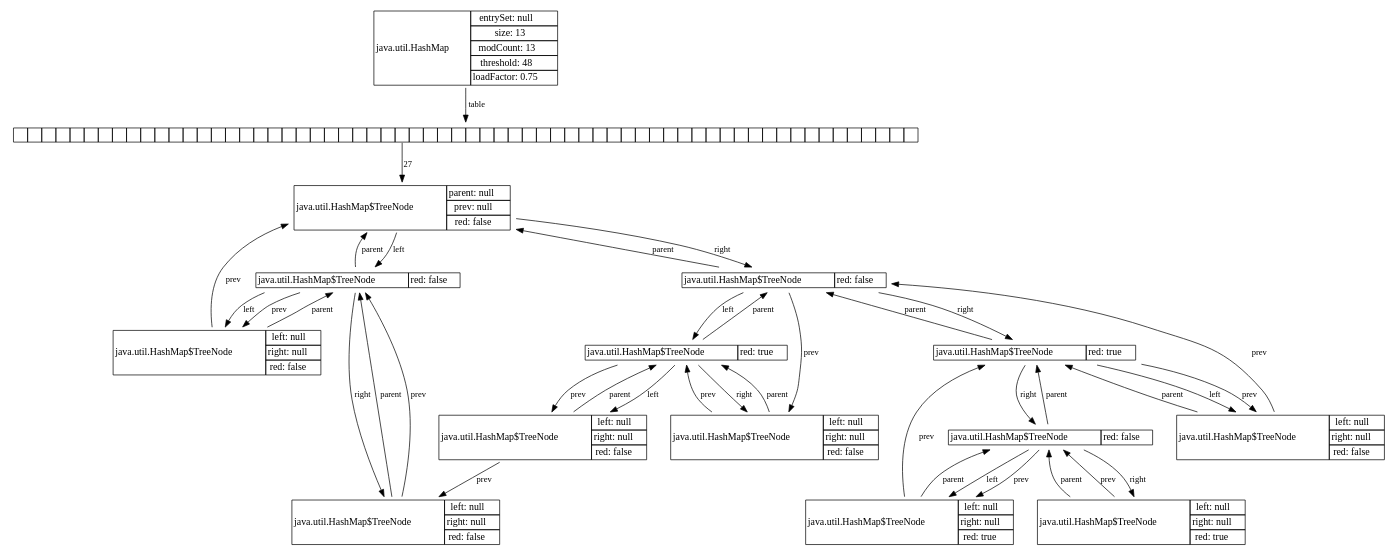
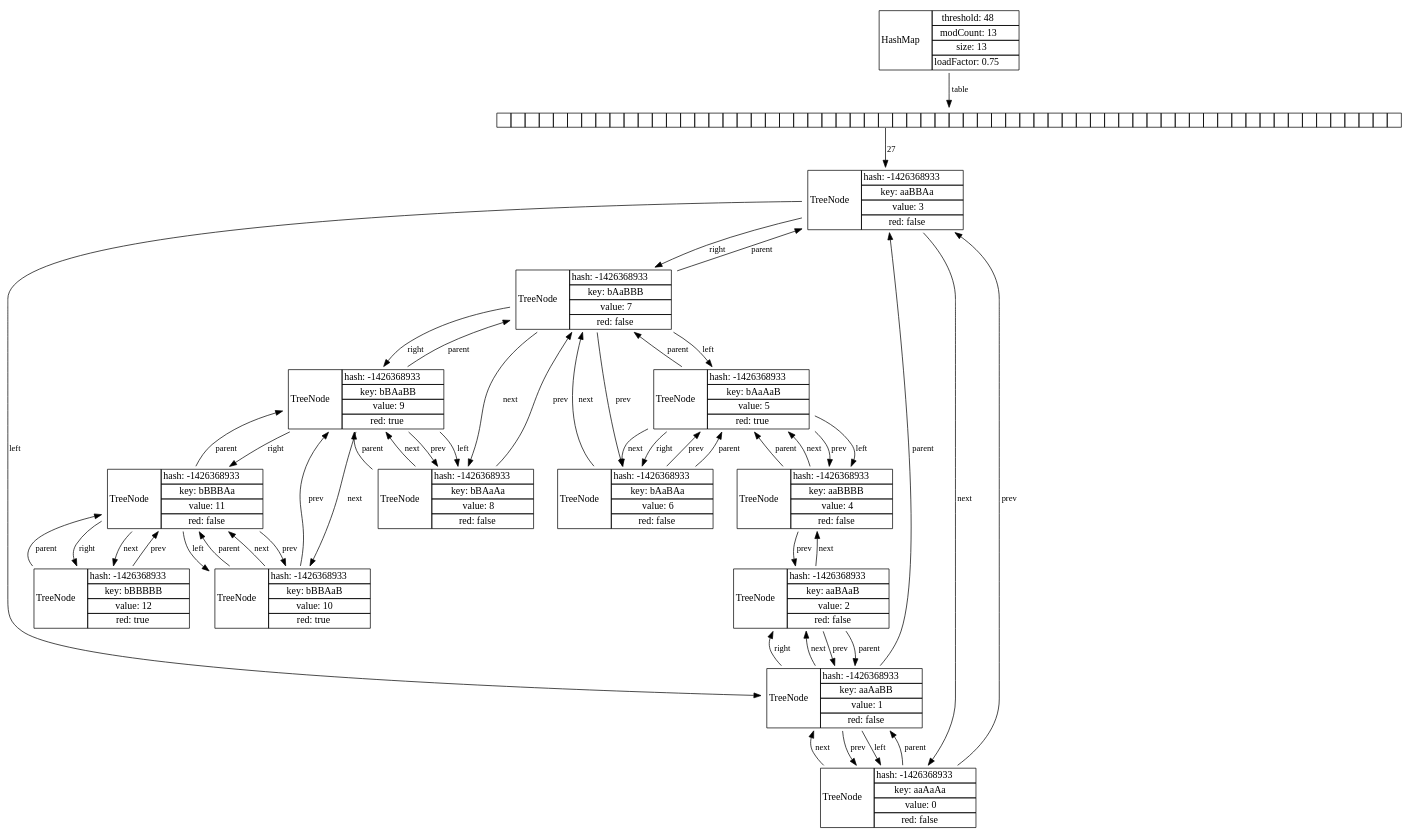
One commit to openjdk/jol changed diagram 14 of 18 in doc/src/main/asciidoc/start.adoc. Above: the diagram before and after it, drawn with Graphviz. The commit also changed other lines of this file and 3 other files, not shown here.

```diff
--- a/doc/src/main/asciidoc/start.adoc
+++ b/doc/src/main/asciidoc/start.adoc
@@ -1387,19 +1259,16 @@
 	n1[label=<
 		<table border='0' cellborder='1' cellspacing='0'>
 			<tr>
-				<td rowspan='6'>java.util.HashMap</td>
+				<td rowspan='5'>HashMap</td>
 			</tr>
 			<tr>
-				<td>entrySet: null</td>
-			</tr>
-			<tr>
-				<td>size: 13</td>
+				<td>threshold: 48</td>
 			</tr>
 			<tr>
 				<td>modCount: 13</td>
 			</tr>
 			<tr>
-				<td>threshold: 48</td>
+				<td>size: 13</td>
 			</tr>
 			<tr>
 				<td>loadFactor: 0.75</td>
@@ -1479,13 +1348,16 @@
 	n3[label=<
 		<table border='0' cellborder='1' cellspacing='0'>
 			<tr>
-				<td rowspan='4'>java.util.HashMap$TreeNode</td>
+				<td rowspan='5'>TreeNode</td>
 			</tr>
 			<tr>
-				<td>parent: null</td>
+				<td>hash: -1426368933</td>
 			</tr>
 			<tr>
-				<td>prev: null</td>
+				<td>key: aaBBAa</td>
+			</tr>
+			<tr>
+				<td>value: 3</td>
 			</tr>
 			<tr>
 				<td>red: false</td>
@@ -1495,203 +1367,280 @@
 	n4[label=<
 		<table border='0' cellborder='1' cellspacing='0'>
 			<tr>
-				<td rowspan='2'>java.util.HashMap$TreeNode</td>
+				<td rowspan='5'>TreeNode</td>
+			</tr>
+			<tr>
+				<td>hash: -1426368933</td>
+			</tr>
+			<tr>
+				<td>key: bAaBBB</td>
+			</tr>
+			<tr>
+				<td>value: 7</td>
 			</tr>
 			<tr>
 				<td>red: false</td>
 			</tr>
 		</table>
 	>];
-	n4 -> n3[label="parent",fontsize=12];
 	n5[label=<
 		<table border='0' cellborder='1' cellspacing='0'>
 			<tr>
-				<td rowspan='4'>java.util.HashMap$TreeNode</td>
+				<td rowspan='5'>TreeNode</td>
 			</tr>
 			<tr>
-				<td>left: null</td>
+				<td>hash: -1426368933</td>
 			</tr>
 			<tr>
-				<td>right: null</td>
+				<td>key: bBAaBB</td>
+			</tr>
+			<tr>
+				<td>value: 9</td>
+			</tr>
+			<tr>
+				<td>red: true</td>
+			</tr>
+		</table>
+	>];
+	n6[label=<
+		<table border='0' cellborder='1' cellspacing='0'>
+			<tr>
+				<td rowspan='5'>TreeNode</td>
+			</tr>
+			<tr>
+				<td>hash: -1426368933</td>
+			</tr>
+			<tr>
+				<td>key: bBBBAa</td>
+			</tr>
+			<tr>
+				<td>value: 11</td>
 			</tr>
 			<tr>
 				<td>red: false</td>
 			</tr>
 		</table>
 	>];
-	n5 -> n4[label="parent",fontsize=12];
-	n5 -> n3[label="prev",fontsize=12];
-	n4 -> n5[label="left",fontsize=12];
-	n6[label=<
+	n7[label=<
 		<table border='0' cellborder='1' cellspacing='0'>
 			<tr>
-				<td rowspan='4'>java.util.HashMap$TreeNode</td>
+				<td rowspan='5'>TreeNode</td>
 			</tr>
 			<tr>
-				<td>left: null</td>
+				<td>hash: -1426368933</td>
 			</tr>
 			<tr>
-				<td>right: null</td>
+				<td>key: bBBBBB</td>
+			</tr>
+			<tr>
+				<td>value: 12</td>
+			</tr>
+			<tr>
+				<td>red: true</td>
+			</tr>
+		</table>
+	>];
+	n7 -> n6[label="prev",fontsize=12];
+	n7 -> n6[label="parent",fontsize=12];
+	n6 -> n7[label="right",fontsize=12];
+	n8[label=<
+		<table border='0' cellborder='1' cellspacing='0'>
+			<tr>
+				<td rowspan='5'>TreeNode</td>
+			</tr>
+			<tr>
+				<td>hash: -1426368933</td>
+			</tr>
+			<tr>
+				<td>key: bBBAaB</td>
+			</tr>
+			<tr>
+				<td>value: 10</td>
+			</tr>
+			<tr>
+				<td>red: true</td>
+			</tr>
+		</table>
+	>];
+	n8 -> n5[label="prev",fontsize=12];
+	n8 -> n6[label="parent",fontsize=12];
+	n8 -> n6[label="next",fontsize=12];
+	n6 -> n8[label="prev",fontsize=12];
+	n6 -> n8[label="left",fontsize=12];
+	n6 -> n5[label="parent",fontsize=12];
+	n6 -> n7[label="next",fontsize=12];
+	n5 -> n6[label="right",fontsize=12];
+	n9[label=<
+		<table border='0' cellborder='1' cellspacing='0'>
+			<tr>
+				<td rowspan='5'>TreeNode</td>
+			</tr>
+			<tr>
+				<td>hash: -1426368933</td>
+			</tr>
+			<tr>
+				<td>key: bBAaAa</td>
+			</tr>
+			<tr>
+				<td>value: 8</td>
 			</tr>
 			<tr>
 				<td>red: false</td>
 			</tr>
 		</table>
 	>];
-	n6 -> n4[label="parent",fontsize=12];
-	n6 -> n4[label="prev",fontsize=12];
-	n4 -> n6[label="right",fontsize=12];
-	n4 -> n5[label="prev",fontsize=12];
-	n3 -> n4[label="left",fontsize=12];
-	n7[label=<
+	n9 -> n4[label="prev",fontsize=12];
+	n9 -> n5[label="parent",fontsize=12];
+	n9 -> n5[label="next",fontsize=12];
+	n5 -> n9[label="prev",fontsize=12];
+	n5 -> n9[label="left",fontsize=12];
+	n5 -> n4[label="parent",fontsize=12];
+	n5 -> n8[label="next",fontsize=12];
+	n4 -> n5[label="right",fontsize=12];
+	n10[label=<
 		<table border='0' cellborder='1' cellspacing='0'>
 			<tr>
-				<td rowspan='2'>java.util.HashMap$TreeNode</td>
+				<td rowspan='5'>TreeNode</td>
+			</tr>
+			<tr>
+				<td>hash: -1426368933</td>
+			</tr>
+			<tr>
+				<td>key: bAaBAa</td>
+			</tr>
+			<tr>
+				<td>value: 6</td>
 			</tr>
 			<tr>
 				<td>red: false</td>
 			</tr>
 		</table>
 	>];
-	n7 -> n3[label="parent",fontsize=12];
-	n8[label=<
+	n11[label=<
 		<table border='0' cellborder='1' cellspacing='0'>
 			<tr>
-				<td rowspan='2'>java.util.HashMap$TreeNode</td>
+				<td rowspan='5'>TreeNode</td>
+			</tr>
+			<tr>
+				<td>hash: -1426368933</td>
+			</tr>
+			<tr>
+				<td>key: bAaAaB</td>
+			</tr>
+			<tr>
+				<td>value: 5</td>
 			</tr>
 			<tr>
 				<td>red: true</td>
 			</tr>
 		</table>
 	>];
-	n8 -> n7[label="parent",fontsize=12];
-	n9[label=<
+	n11 -> n10[label="right",fontsize=12];
+	n12[label=<
 		<table border='0' cellborder='1' cellspacing='0'>
 			<tr>
-				<td rowspan='4'>java.util.HashMap$TreeNode</td>
+				<td rowspan='5'>TreeNode</td>
 			</tr>
 			<tr>
-				<td>left: null</td>
+				<td>hash: -1426368933</td>
 			</tr>
 			<tr>
-				<td>right: null</td>
+				<td>key: aaBBBB</td>
+			</tr>
+			<tr>
+				<td>value: 4</td>
 			</tr>
 			<tr>
 				<td>red: false</td>
 			</tr>
 		</table>
 	>];
-	n9 -> n8[label="parent",fontsize=12];
-	n9 -> n6[label="prev",fontsize=12];
-	n8 -> n9[label="left",fontsize=12];
-	n10[label=<
+	n13[label=<
 		<table border='0' cellborder='1' cellspacing='0'>
 			<tr>
-				<td rowspan='4'>java.util.HashMap$TreeNode</td>
+				<td rowspan='5'>TreeNode</td>
 			</tr>
 			<tr>
-				<td>left: null</td>
+				<td>hash: -1426368933</td>
 			</tr>
 			<tr>
-				<td>right: null</td>
+				<td>key: aaBAaB</td>
+			</tr>
+			<tr>
+				<td>value: 2</td>
 			</tr>
 			<tr>
 				<td>red: false</td>
 			</tr>
 		</table>
 	>];
-	n10 -> n8[label="parent",fontsize=12];
-	n10 -> n8[label="prev",fontsize=12];
-	n8 -> n10[label="right",fontsize=12];
-	n8 -> n9[label="prev",fontsize=12];
-	n7 -> n8[label="left",fontsize=12];
-	n11[label=<
+	n14[label=<
 		<table border='0' cellborder='1' cellspacing='0'>
 			<tr>
-				<td rowspan='2'>java.util.HashMap$TreeNode</td>
+				<td rowspan='5'>TreeNode</td>
 			</tr>
 			<tr>
-				<td>red: true</td>
-			</tr>
-		</table>
-	>];
-	n11 -> n7[label="parent",fontsize=12];
-	n12[label=<
-		<table border='0' cellborder='1' cellspacing='0'>
-			<tr>
-				<td rowspan='4'>java.util.HashMap$TreeNode</td>
+				<td>hash: -1426368933</td>
 			</tr>
 			<tr>
-				<td>left: null</td>
+				<td>key: aaAaBB</td>
 			</tr>
 			<tr>
-				<td>right: null</td>
+				<td>value: 1</td>
 			</tr>
 			<tr>
 				<td>red: false</td>
 			</tr>
 		</table>
 	>];
-	n12 -> n11[label="parent",fontsize=12];
-	n12 -> n7[label="prev",fontsize=12];
-	n11 -> n12[label="left",fontsize=12];
-	n13[label=<
+	n14 -> n13[label="right",fontsize=12];
+	n15[label=<
 		<table border='0' cellborder='1' cellspacing='0'>
 			<tr>
-				<td rowspan='2'>java.util.HashMap$TreeNode</td>
+				<td rowspan='5'>TreeNode</td>
+			</tr>
+			<tr>
+				<td>hash: -1426368933</td>
+			</tr>
+			<tr>
+				<td>key: aaAaAa</td>
+			</tr>
+			<tr>
+				<td>value: 0</td>
 			</tr>
 			<tr>
 				<td>red: false</td>
 			</tr>
 		</table>
 	>];
-	n13 -> n11[label="parent",fontsize=12];
-	n14[label=<
-		<table border='0' cellborder='1' cellspacing='0'>
-			<tr>
-				<td rowspan='4'>java.util.HashMap$TreeNode</td>
-			</tr>
-			<tr>
-				<td>left: null</td>
-			</tr>
-			<tr>
-				<td>right: null</td>
-			</tr>
-			<tr>
-				<td>red: true</td>
-			</tr>
-		</table>
-	>];
-	n14 -> n13[label="parent",fontsize=12];
-	n14 -> n11[label="prev",fontsize=12];
-	n13 -> n14[label="left",fontsize=12];
-	n15[label=<
-		<table border='0' cellborder='1' cellspacing='0'>
-			<tr>
-				<td rowspan='4'>java.util.HashMap$TreeNode</td>
-			</tr>
-			<tr>
-				<td>left: null</td>
-			</tr>
-			<tr>
-				<td>right: null</td>
-			</tr>
-			<tr>
-				<td>red: true</td>
-			</tr>
-		</table>
-	>];
-	n15 -> n13[label="parent",fontsize=12];
-	n15 -> n13[label="prev",fontsize=12];
-	n13 -> n15[label="right",fontsize=12];
+	n15 -> n3[label="prev",fontsize=12];
+	n15 -> n14[label="parent",fontsize=12];
+	n15 -> n14[label="next",fontsize=12];
+	n14 -> n15[label="prev",fontsize=12];
+	n14 -> n15[label="left",fontsize=12];
+	n14 -> n3[label="parent",fontsize=12];
+	n14 -> n13[label="next",fontsize=12];
 	n13 -> n14[label="prev",fontsize=12];
-	n11 -> n13[label="right",fontsize=12];
+	n13 -> n14[label="parent",fontsize=12];
+	n13 -> n12[label="next",fontsize=12];
+	n12 -> n13[label="prev",fontsize=12];
+	n12 -> n11[label="parent",fontsize=12];
+	n12 -> n11[label="next",fontsize=12];
 	n11 -> n12[label="prev",fontsize=12];
-	n7 -> n11[label="right",fontsize=12];
-	n7 -> n10[label="prev",fontsize=12];
-	n3 -> n7[label="right",fontsize=12];
+	n11 -> n12[label="left",fontsize=12];
+	n11 -> n4[label="parent",fontsize=12];
+	n11 -> n10[label="next",fontsize=12];
+	n10 -> n11[label="prev",fontsize=12];
+	n10 -> n11[label="parent",fontsize=12];
+	n10 -> n4[label="next",fontsize=12];
+	n4 -> n10[label="prev",fontsize=12];
+	n4 -> n11[label="left",fontsize=12];
+	n4 -> n3[label="parent",fontsize=12];
+	n4 -> n9[label="next",fontsize=12];
+	n3 -> n4[label="right",fontsize=12];
+	n3 -> n14[label="left",fontsize=12];
+	n3 -> n15[label="next",fontsize=12];
 	n2:f27 -> n3[label="27",fontsize=12];
 	n1 -> n2[label="table",fontsize=12];
 }
-
 ----
```
